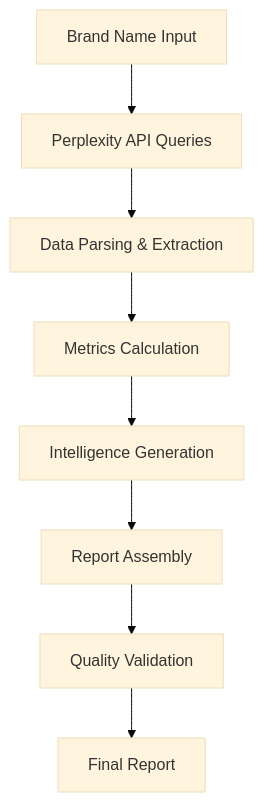
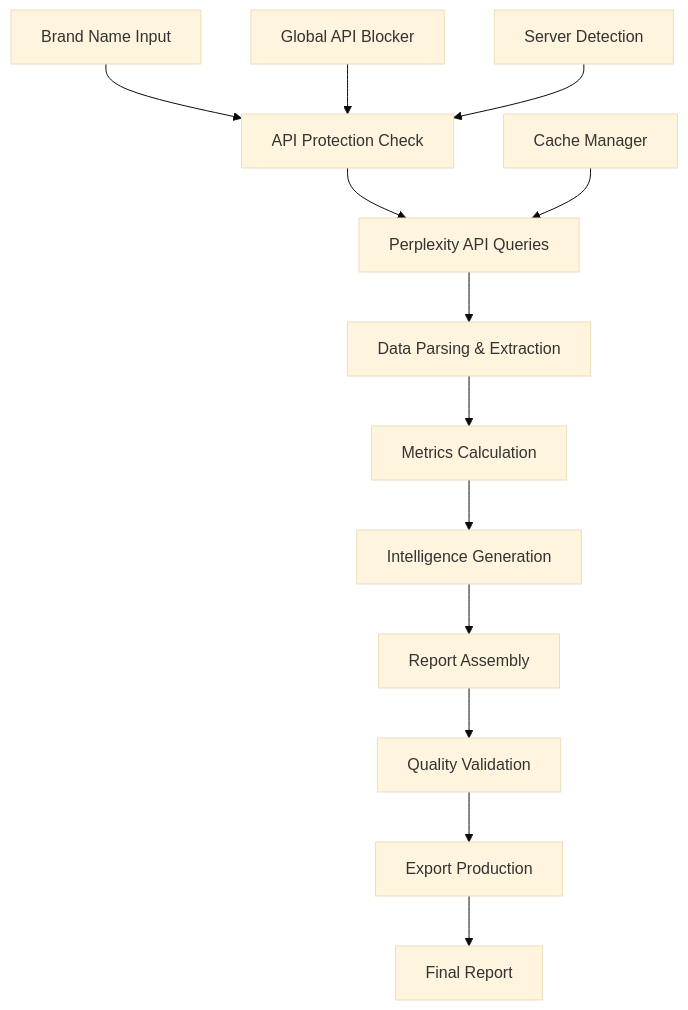
The first of 2 diagrams in README.md (Makk7709/kora-digital-pilot), drawn with Mermaid (base theme) before and after one commit. The commit also changed other lines of this file, not shown here.

Commit message:
📚 MISE À JOUR README - Nouvelle architecture & protections API - Ajout section protections anti-spam, monitoring temps réel, architecture mise à jour avec nouveaux composants, scripts disponibles et commandes de maintenance. Documentation complète des nouvelles fonctionnalités et optimisations.

````diff
--- a/README.md
+++ b/README.md
@@ -70,10 +110,16 @@
 ```mermaid
 graph TD
-    A[Brand Name Input] --> B[Perplexity API Queries]
-    B --> C[Data Parsing & Extraction]
-    C --> D[Metrics Calculation]
-    D --> E[Intelligence Generation]
-    E --> F[Report Assembly]
-    F --> G[Quality Validation]
-    G --> H[Final Report]
+    A[Brand Name Input] --> B[API Protection Check]
+    B --> C[Perplexity API Queries]
+    C --> D[Data Parsing & Extraction]
+    D --> E[Metrics Calculation]
+    E --> F[Intelligence Generation]
+    F --> G[Report Assembly]
+    G --> H[Quality Validation]
+    H --> I[Export Production]
+    I --> J[Final Report]
+    
+    K[Global API Blocker] --> B
+    L[Server Detection] --> B
+    M[Cache Manager] --> C
 ```
````
